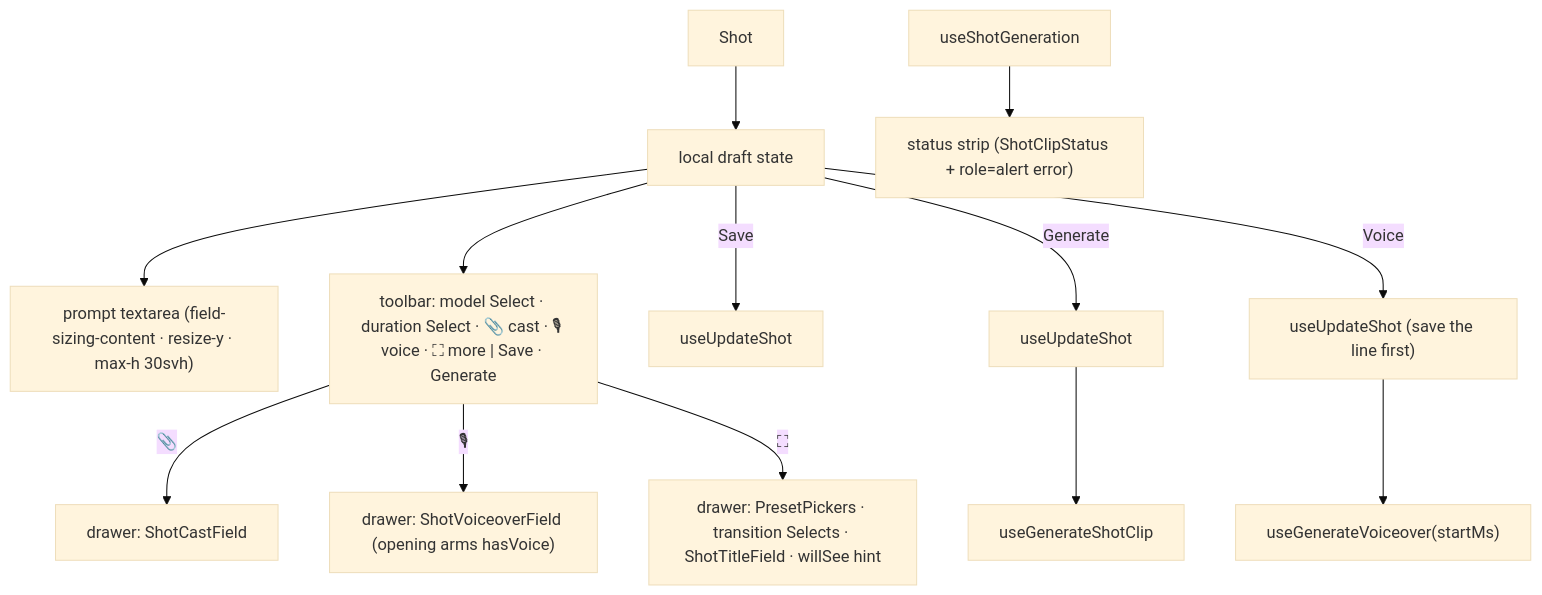
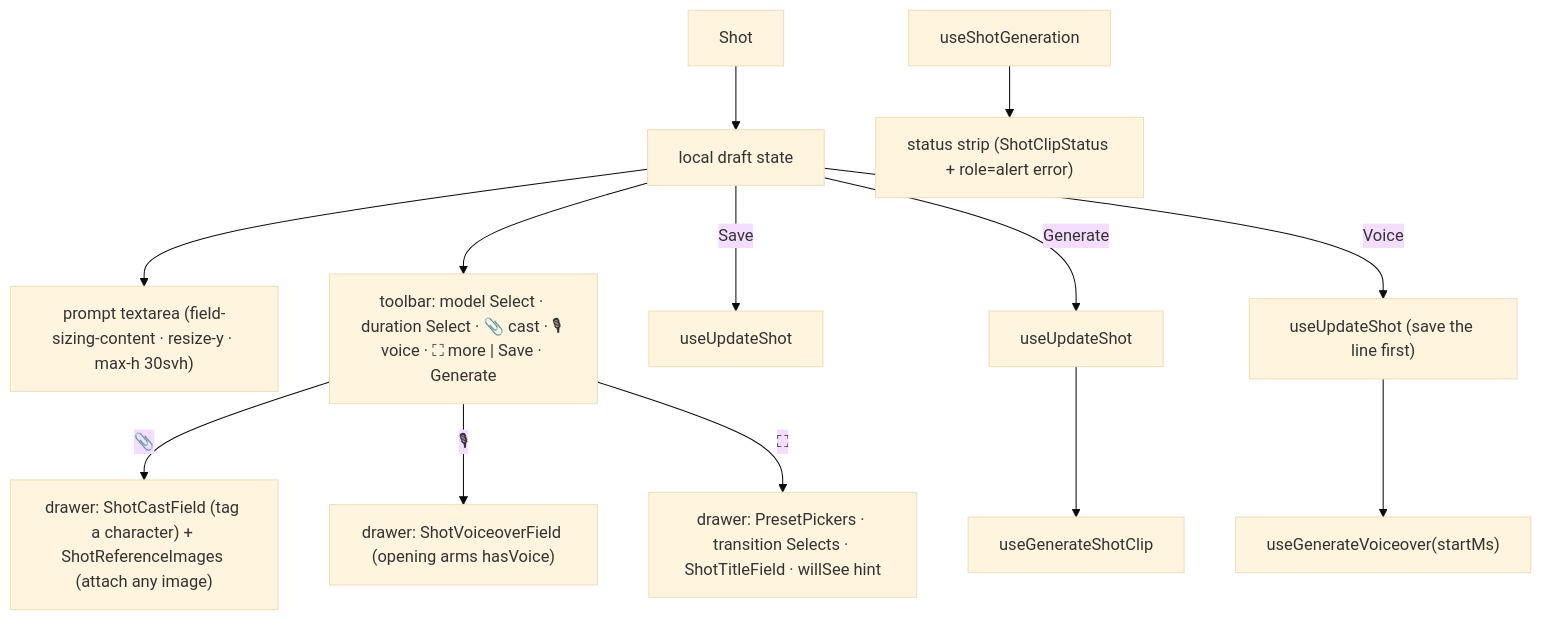
Before and after one commit to AzamatRaimbekov2/openCreate: the diagram in apps/web/src/modules/Cinema/components/ShotInspector.tsx.md, drawn with Mermaid (base theme). The commit also changed other lines of this file and 359 other files, not shown here.

````diff
--- a/apps/web/src/modules/Cinema/components/ShotInspector.tsx.md
+++ b/apps/web/src/modules/Cinema/components/ShotInspector.tsx.md
@@ -48,13 +48,13 @@
 ```mermaid
 flowchart TD
   SHOT[Shot] --> DRAFT[local draft state]
   DRAFT --> TA["prompt textarea (field-sizing-content · resize-y · max-h 30svh)"]
   DRAFT --> TB["toolbar: model Select · duration Select · 📎 cast · 🎙 voice · ⛶ more | Save · Generate"]
-  TB -->|📎| D1["drawer: ShotCastField"]
+  TB -->|📎| D1["drawer: ShotCastField (tag a character) + ShotReferenceImages (attach any image)"]
   TB -->|🎙| D2["drawer: ShotVoiceoverField (opening arms hasVoice)"]
   TB -->|⛶| D3["drawer: PresetPickers · transition Selects · ShotTitleField · willSee hint"]
   DRAFT -->|Save| U[useUpdateShot]
   DRAFT -->|Generate| U2[useUpdateShot] --> GEN[useGenerateShotClip]
   DRAFT -->|Voice| U3["useUpdateShot (save the line first)"] --> VO["useGenerateVoiceover(startMs)"]
   CLIP[useShotGeneration] --> STATUS["status strip (ShotClipStatus + role=alert error)"]
 ```
````
